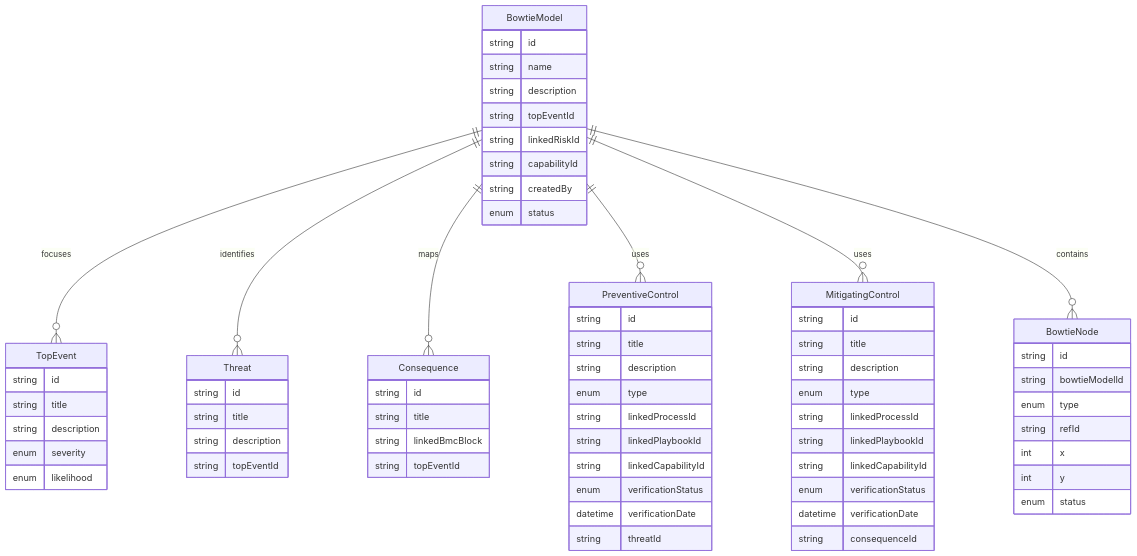
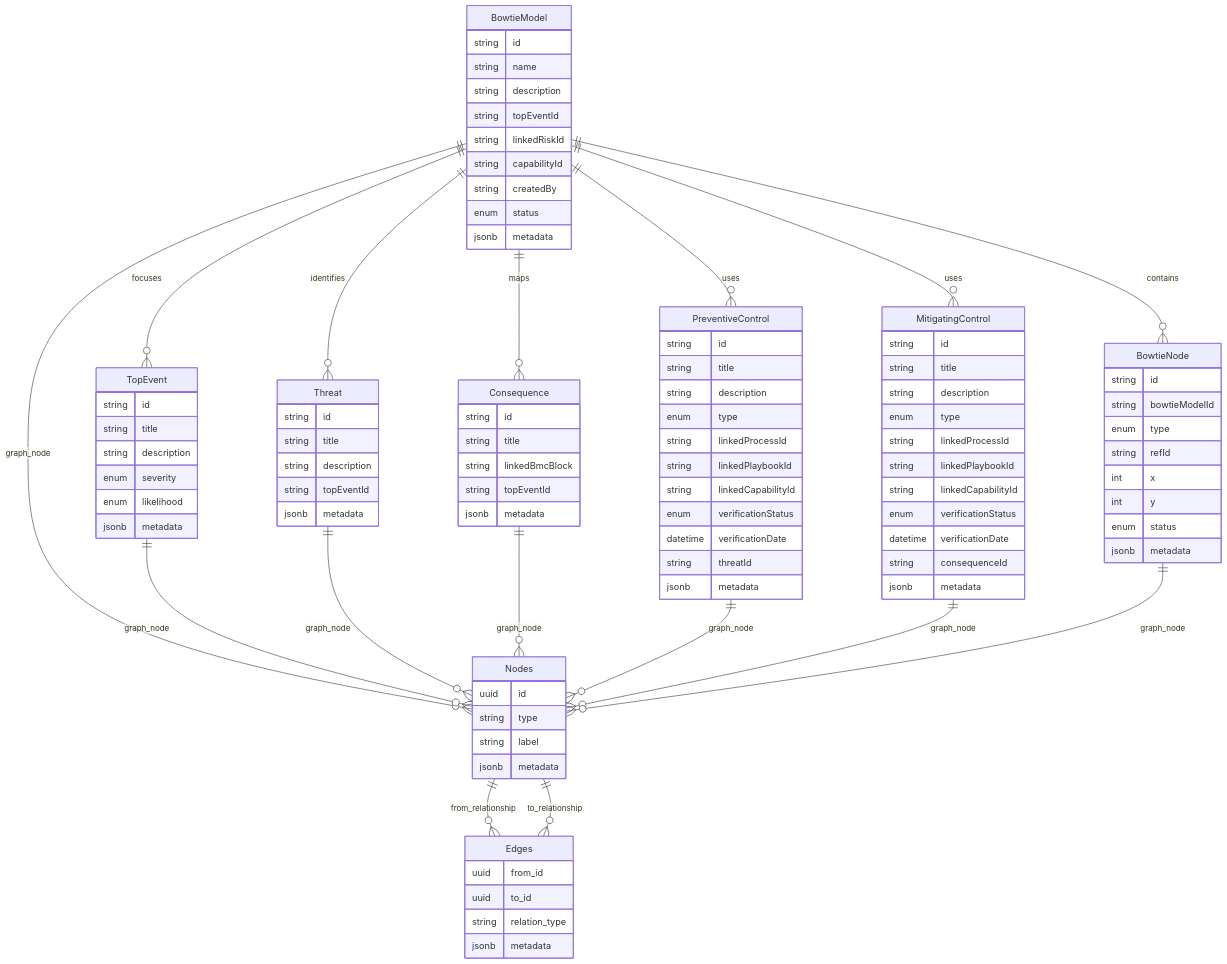
The ninth of 10 diagrams in docs/design/solution-architecture-design.md (Duds/capopt_platform), drawn with Mermaid before and after one commit. The commit also changed other lines of this file and 30 other files, not shown here.

First line of the commit message:
feat: implement graph relational architecture and enhance testing infrastructure

````diff
--- a/docs/design/solution-architecture-design.md
+++ b/docs/design/solution-architecture-design.md
@@ -509,6 +1038,7 @@
         string capabilityId
         string createdBy
         enum status
+        jsonb metadata
     }
     TopEvent {
         string id
@@ -516,18 +1046,21 @@
         string description
         enum severity
         enum likelihood
+        jsonb metadata
     }
     Threat {
         string id
         string title
         string description
         string topEventId
+        jsonb metadata
     }
     Consequence {
         string id
         string title
         string linkedBmcBlock
         string topEventId
+        jsonb metadata
     }
     PreventiveControl {
         string id
@@ -540,6 +1073,7 @@
         enum verificationStatus
         datetime verificationDate
         string threatId
+        jsonb metadata
     }
     MitigatingControl {
         string id
@@ -552,6 +1086,7 @@
         enum verificationStatus
         datetime verificationDate
         string consequenceId
+        jsonb metadata
     }
     BowtieNode {
         string id
@@ -561,6 +1096,19 @@
         int x
         int y
         enum status
+        jsonb metadata
+    }
+    Nodes {
+        uuid id
+        string type
+        string label
+        jsonb metadata
+    }
+    Edges {
+        uuid from_id
+        uuid to_id
+        string relation_type
+        jsonb metadata
     }
     BowtieModel ||--o{ TopEvent : focuses
     BowtieModel ||--o{ Threat : identifies
@@ -568,4 +1116,13 @@
     BowtieModel ||--o{ PreventiveControl : uses
     BowtieModel ||--o{ MitigatingControl : uses
     BowtieModel ||--o{ BowtieNode : contains
+    BowtieModel ||--o{ Nodes : graph_node
+    TopEvent ||--o{ Nodes : graph_node
+    Threat ||--o{ Nodes : graph_node
+    Consequence ||--o{ Nodes : graph_node
+    PreventiveControl ||--o{ Nodes : graph_node
+    MitigatingControl ||--o{ Nodes : graph_node
+    BowtieNode ||--o{ Nodes : graph_node
+    Nodes ||--o{ Edges : from_relationship
+    Nodes ||--o{ Edges : to_relationship
 ```
````
